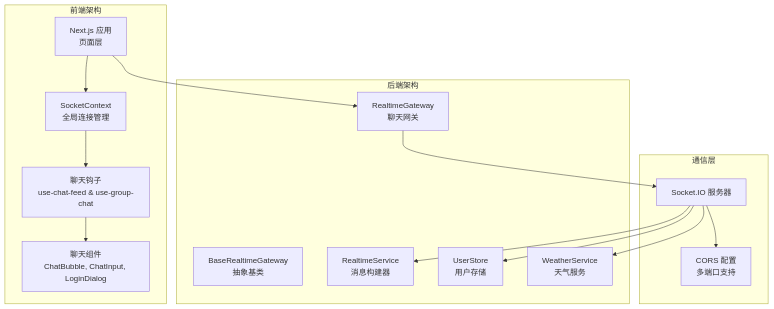
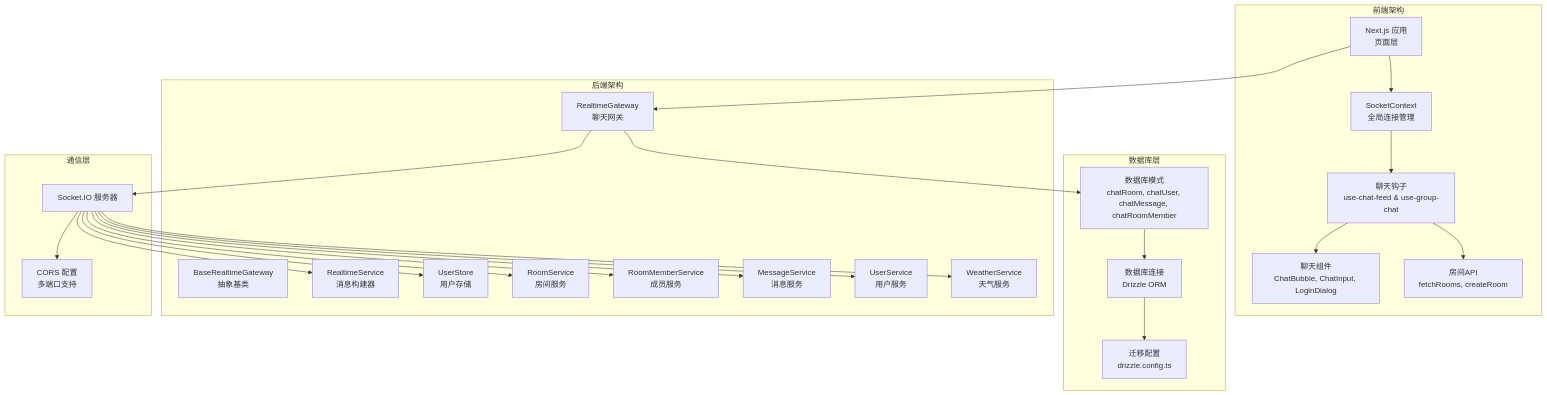
One commit to HAOFUYANG/nextjs-admin changed the first of 7 diagrams in .qoder/repowiki/zh/content/数据库集成/API 接口设计/Socket 通信 API.md. Above: the diagram before and after it, drawn with Mermaid. The commit also changed other lines of this file and 36 other files, not shown here.

````diff
--- a/.qoder/repowiki/zh/content/数据库集成/API 接口设计/Socket 通信 API.md
+++ b/.qoder/repowiki/zh/content/数据库集成/API 接口设计/Socket 通信 API.md
@@ -47,29 +61,47 @@
 ```mermaid
 graph TB
 subgraph "前端架构"
 SocketCtx["SocketContext<br/>全局连接管理"]
 ChatHooks["聊天钩子<br/>use-chat-feed & use-group-chat"]
 ChatComponents["聊天组件<br/>ChatBubble, ChatInput, LoginDialog"]
+RoomAPI["房间API<br/>fetchRooms, createRoom"]
 Frontend["Next.js 应用<br/>页面层"]
+end
+subgraph "数据库层"
+Schema["数据库模式<br/>chatRoom, chatUser, chatMessage, chatRoomMember"]
+Connection["数据库连接<br/>Drizzle ORM"]
+Migration["迁移配置<br/>drizzle.config.ts"]
 end
 subgraph "后端架构"
 BaseGateway["BaseRealtimeGateway<br/>抽象基类"]
 RealtimeGateway["RealtimeGateway<br/>聊天网关"]
 RealtimeService["RealtimeService<br/>消息构建器"]
 UserStore["UserStore<br/>用户存储"]
+RoomService["RoomService<br/>房间服务"]
+RoomMemberService["RoomMemberService<br/>成员服务"]
+MessageService["MessageService<br/>消息服务"]
+UserService["UserService<br/>用户服务"]
 WeatherService["WeatherService<br/>天气服务"]
 end
 subgraph "通信层"
 SocketIO["Socket.IO 服务器"]
 CORS["CORS 配置<br/>多端口支持"]
 end
 Frontend --> SocketCtx
 SocketCtx --> ChatHooks
 ChatHooks --> ChatComponents
+ChatHooks --> RoomAPI
 Frontend --> RealtimeGateway
 RealtimeGateway --> SocketIO
 SocketIO --> RealtimeService
 SocketIO --> UserStore
+SocketIO --> RoomService
+SocketIO --> RoomMemberService
+SocketIO --> MessageService
+SocketIO --> UserService
 SocketIO --> WeatherService
+RealtimeGateway --> Schema
+Schema --> Connection
+Connection --> Migration
 SocketIO --> CORS
 ```
````
